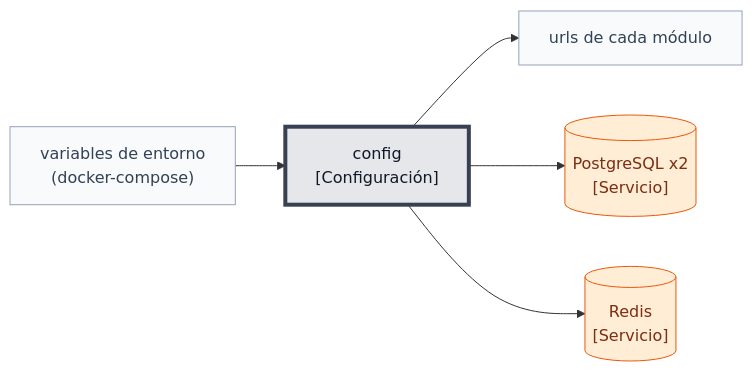
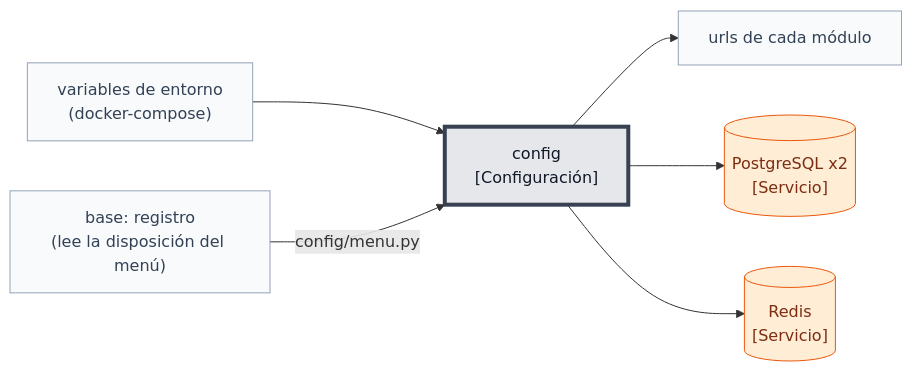
Before and after one commit to chemabc/groupy: diagram 27 of 33 in docs/arquitectura.md, drawn with Mermaid. The commit also changed other lines of this file and 54 other files, not shown here.

````diff
--- a/docs/arquitectura.md
+++ b/docs/arquitectura.md
@@ -708,15 +740,17 @@
 ```mermaid
 flowchart LR
   classDef yo fill:#e5e7eb,stroke:#374151,stroke-width:4px,color:#111827
   classDef otro fill:#f8fafc,stroke:#94a3b8,color:#334155
   classDef servicio fill:#ffedd5,stroke:#ea580c,color:#7c2d12
   conf["config<br/>[Configuración]"]:::yo
   env["variables de entorno<br/>(docker-compose)"]:::otro
+  reg["base: registro<br/>(lee la disposición del menú)"]:::otro
   urls["urls de cada módulo"]:::otro
   pg[("PostgreSQL x2<br/>[Servicio]")]:::servicio
   redis[("Redis<br/>[Servicio]")]:::servicio
   env --> conf
   conf --> urls
   conf --> pg
   conf --> redis
+  reg -- "config/menu.py" --> conf
 ```
````
